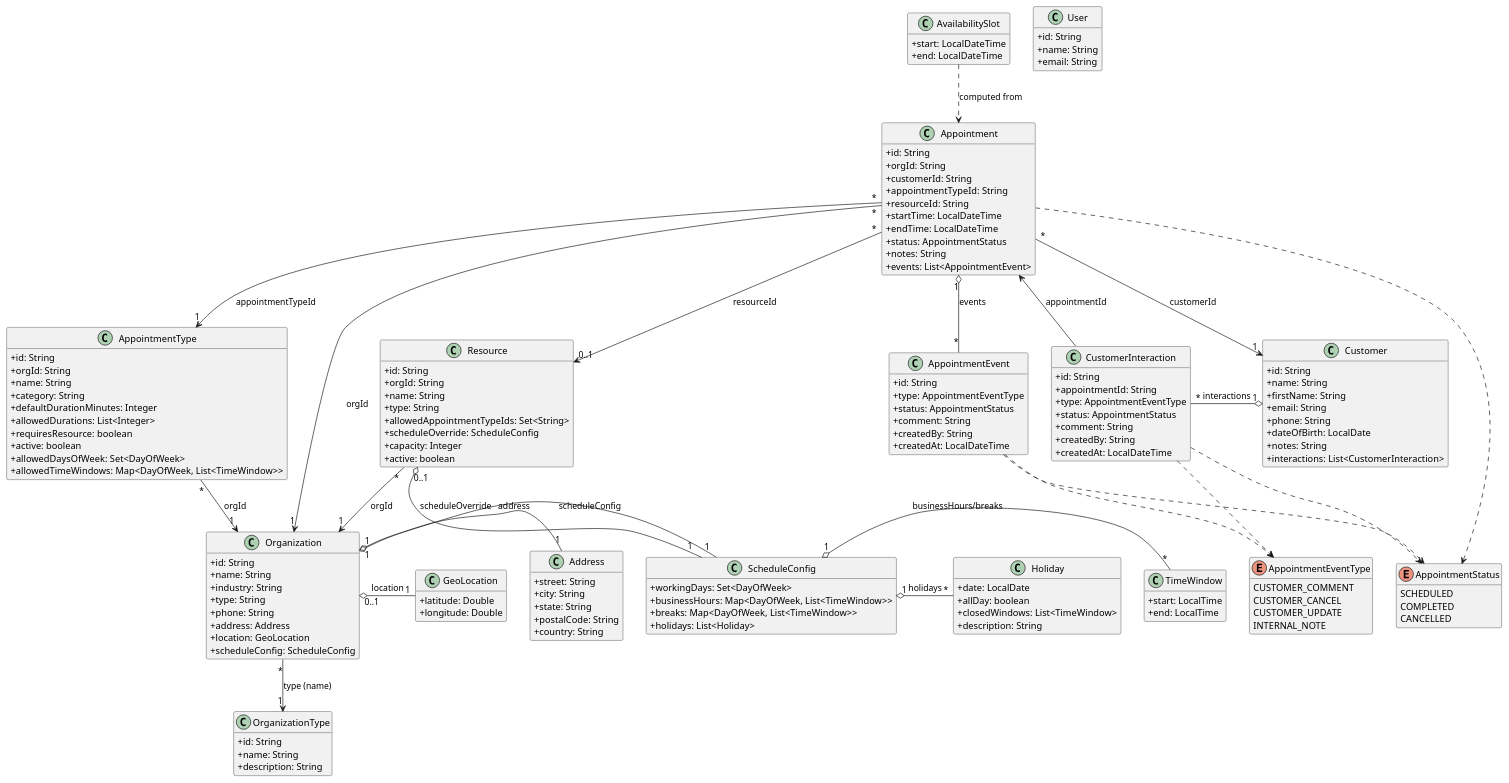
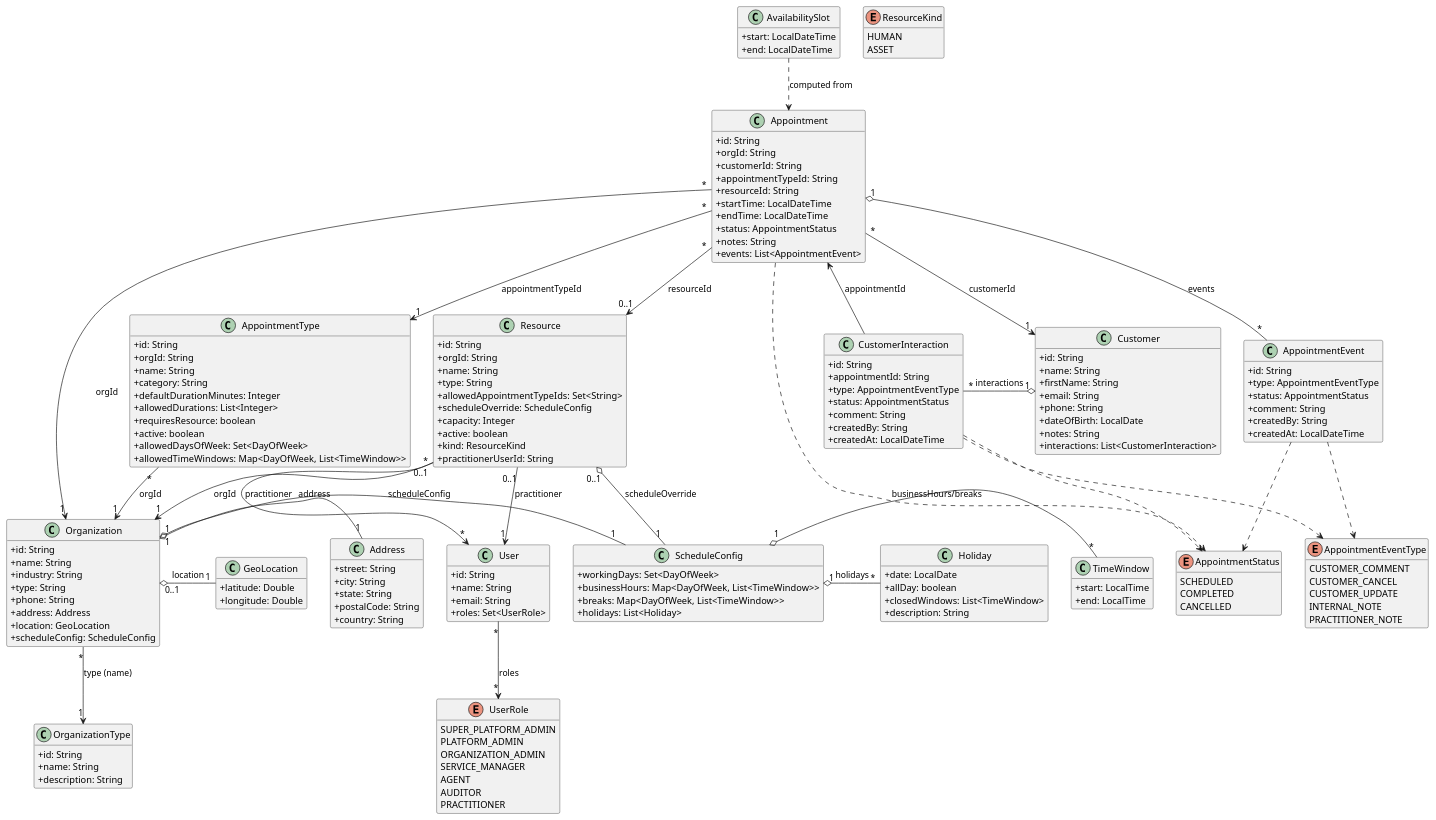
One commit to imotepe/springWebApp changed the diagram in demo/docs/models.puml. Above: the diagram before and after it, drawn with PlantUML. The commit also changed 14 other files, not shown here.

First line of the commit message:
adding user adding user role link user with ressource when ressource is human user

```diff
--- a/demo/docs/models.puml
+++ b/demo/docs/models.puml
@@ -1,172 +1,194 @@
 @startuml
 hide methods
 skinparam classAttributeIconSize 0
 
 class Organization {
   +id: String
   +name: String
   +industry: String
   +type: String
   +phone: String
   +address: Address
   +location: GeoLocation
   +scheduleConfig: ScheduleConfig
 }
 
 class OrganizationType {
   +id: String
   +name: String
   +description: String
 }
 
 class Address {
   +street: String
   +city: String
   +state: String
   +postalCode: String
   +country: String
 }
 
 class GeoLocation {
   +latitude: Double
   +longitude: Double
 }
 
 class ScheduleConfig {
   +workingDays: Set<DayOfWeek>
   +businessHours: Map<DayOfWeek, List<TimeWindow>>
   +breaks: Map<DayOfWeek, List<TimeWindow>>
   +holidays: List<Holiday>
 }
 
 class TimeWindow {
   +start: LocalTime
   +end: LocalTime
 }
 
 class AppointmentType {
   +id: String
   +orgId: String
   +name: String
   +category: String
   +defaultDurationMinutes: Integer
   +allowedDurations: List<Integer>
   +requiresResource: boolean
   +active: boolean
   +allowedDaysOfWeek: Set<DayOfWeek>
   +allowedTimeWindows: Map<DayOfWeek, List<TimeWindow>>
 }
 
 class AppointmentEvent {
   +id: String
   +type: AppointmentEventType
   +status: AppointmentStatus
   +comment: String
   +createdBy: String
   +createdAt: LocalDateTime
 }
 
 enum AppointmentEventType {
   CUSTOMER_COMMENT
   CUSTOMER_CANCEL
   CUSTOMER_UPDATE
   INTERNAL_NOTE
+  PRACTITIONER_NOTE
 }
 
 class CustomerInteraction {
   +id: String
   +appointmentId: String
   +type: AppointmentEventType
   +status: AppointmentStatus
   +comment: String
   +createdBy: String
   +createdAt: LocalDateTime
 }
 
 class Resource {
   +id: String
   +orgId: String
   +name: String
   +type: String
   +allowedAppointmentTypeIds: Set<String>
   +scheduleOverride: ScheduleConfig
   +capacity: Integer
   +active: boolean
+  +kind: ResourceKind
+  +practitionerUserId: String
 }
 
 class Customer {
   +id: String
   +name: String
   +firstName: String
   +email: String
   +phone: String
   +dateOfBirth: LocalDate
   +notes: String
   +interactions: List<CustomerInteraction>
 }
 
 class User {
   +id: String
   +name: String
   +email: String
+  +roles: Set<UserRole>
 }
 
 enum AppointmentStatus {
   SCHEDULED
   COMPLETED
   CANCELLED
+}
+
+enum UserRole {
+  SUPER_PLATFORM_ADMIN
+  PLATFORM_ADMIN
+  ORGANIZATION_ADMIN
+  SERVICE_MANAGER
+  AGENT
+  AUDITOR
+  PRACTITIONER
+}
+
+enum ResourceKind {
+  HUMAN
+  ASSET
 }
 
 class Appointment {
   +id: String
   +orgId: String
   +customerId: String
   +appointmentTypeId: String
   +resourceId: String
   +startTime: LocalDateTime
   +endTime: LocalDateTime
   +status: AppointmentStatus
   +notes: String
   +events: List<AppointmentEvent>
 }
 
 class AvailabilitySlot {
   +start: LocalDateTime
   +end: LocalDateTime
 }
 
 class Holiday {
   +date: LocalDate
   +allDay: boolean
   +closedWindows: List<TimeWindow>
   +description: String
 }
 
 Organization "1" o- "1" ScheduleConfig : scheduleConfig
 Resource "0..1" o- "1" ScheduleConfig : scheduleOverride
 ScheduleConfig "1" o- "*" TimeWindow : businessHours/breaks
 ScheduleConfig "1" o- "*" Holiday : holidays
 
 Organization "*" --> "1" OrganizationType : type (name)
 Organization "1" o- "1" Address : address
 Organization "0..1" o- "1" GeoLocation : location
 Appointment "*" --> "1" Organization : orgId
 Appointment "*" --> "1" Customer : customerId
 Appointment "*" --> "1" AppointmentType : appointmentTypeId
 Appointment "*" --> "0..1" Resource : resourceId
 Appointment ..> AppointmentStatus
 Appointment "1" o- "*" AppointmentEvent : events
 AppointmentEvent ..> AppointmentEventType
 AppointmentEvent ..> AppointmentStatus
 
 AppointmentType "*" --> "1" Organization : orgId
 Resource "*" --> "1" Organization : orgId
+Resource "0..1" --> "1" User : practitioner
 
 AvailabilitySlot ..> Appointment : computed from
 
 Customer "1" o- "*" CustomerInteraction : interactions
 CustomerInteraction --> Appointment : appointmentId
 CustomerInteraction ..> AppointmentEventType
 CustomerInteraction ..> AppointmentStatus
+User "*" --> "*" UserRole : roles
+User "*" <-- "0..1" Resource : practitioner
 
 @enduml
```
